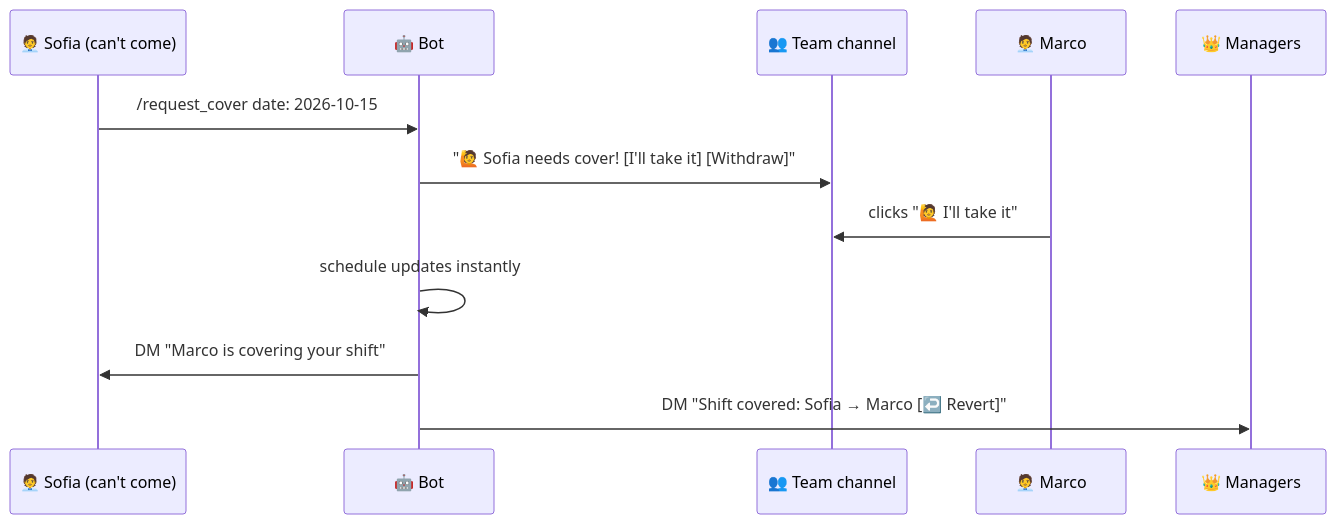
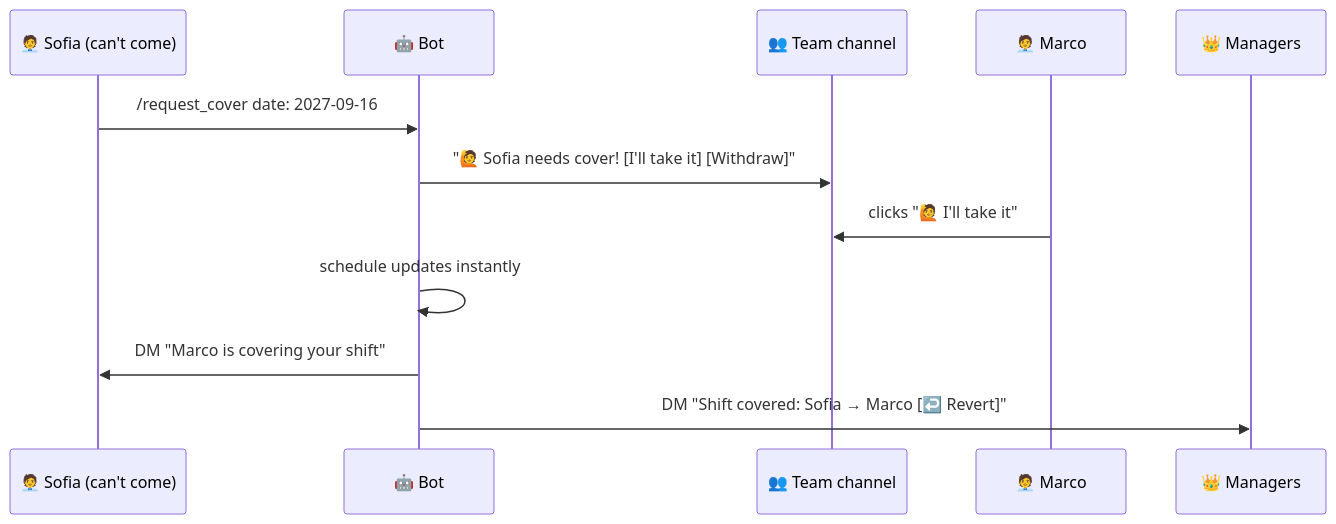
Before and after one commit to astralisdev/hbb-bot-docs: the third of 4 diagrams in README.md, drawn with Mermaid. The commit also changed other lines of this file, not shown here.

````diff
--- a/README.md
+++ b/README.md
@@ -336,14 +397,14 @@
 ```mermaid
 sequenceDiagram
     participant S as 🧑‍💼 Sofia (can't come)
     participant B as 🤖 Bot
     participant T as 👥 Team channel
     participant M as 🧑‍💼 Marco
     participant G as 👑 Managers
-    S->>B: /request_cover date: 2026-10-15
+    S->>B: /request_cover date: 2027-09-16
     B->>T: "🙋 Sofia needs cover! [I'll take it] [Withdraw]"
     M->>T: clicks "🙋 I'll take it"
     B->>B: schedule updates instantly
     B->>S: DM "Marco is covering your shift"
     B->>G: DM "Shift covered: Sofia → Marco  [↩️ Revert]"
 ```
````
